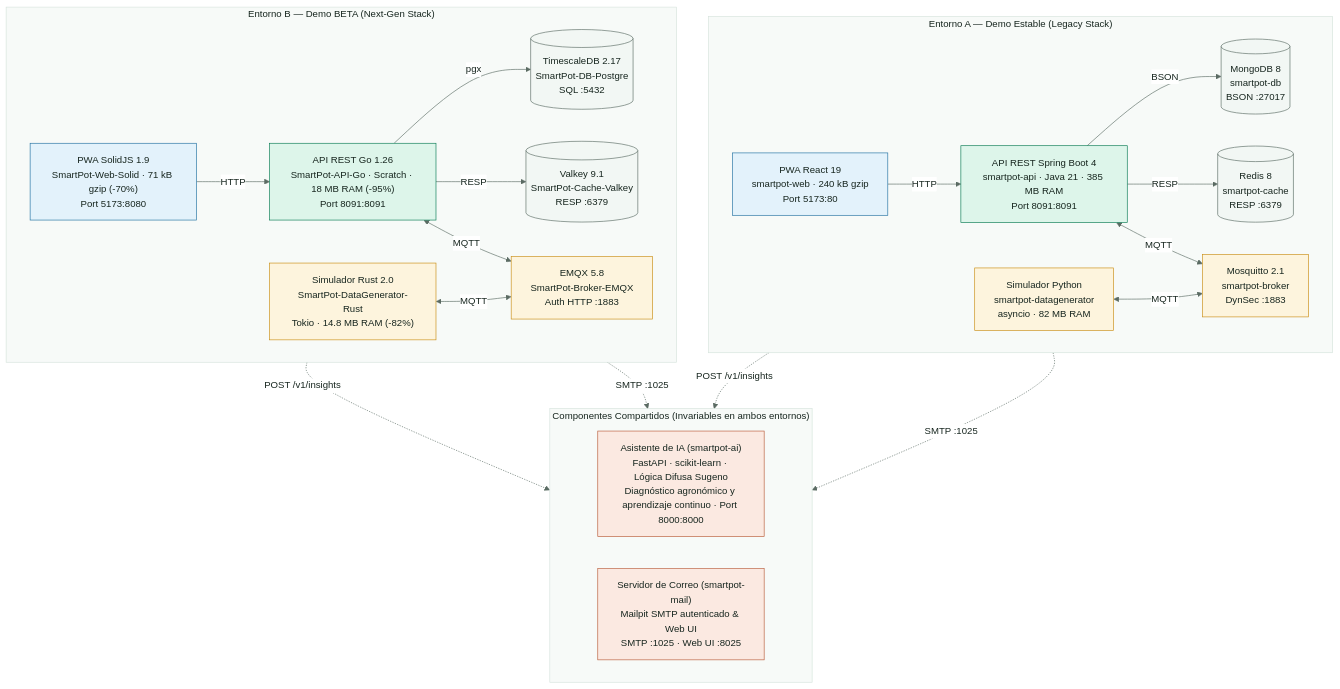
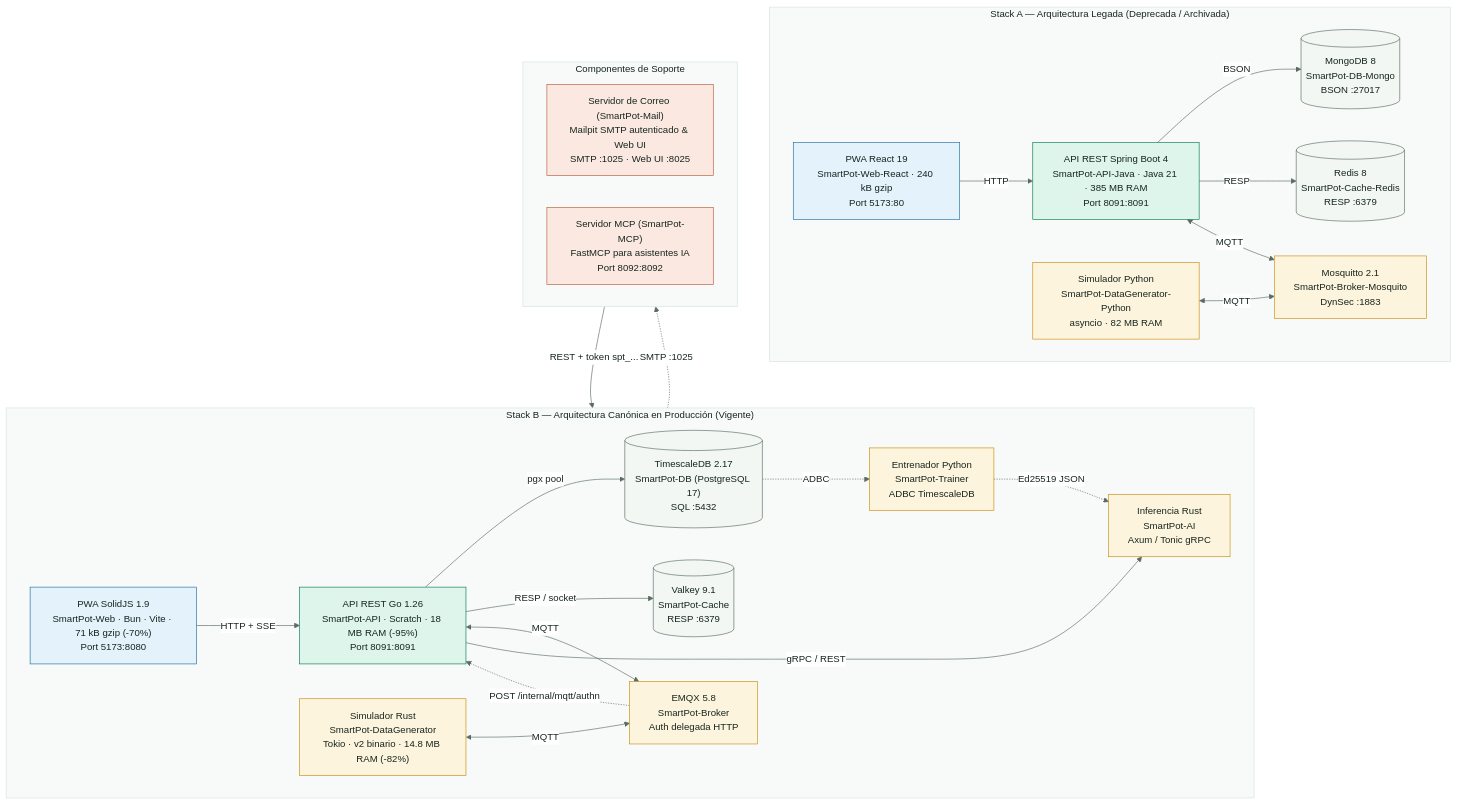
Before and after one commit to SmartPotTech/.github: the diagram in docs/diagrams/SmartPot_46_AB_Architecture_Comparison.mmd, drawn with Mermaid. The commit also changed 21 other files, not shown here.

Commit message:
Update platform documentation and architecture diagrams for production Stack B [skip deploy] #no-deploy

```diff
--- a/docs/diagrams/SmartPot_46_AB_Architecture_Comparison.mmd
+++ b/docs/diagrams/SmartPot_46_AB_Architecture_Comparison.mmd
@@ -1,56 +1,60 @@
 %%{init: {"theme": "base", "fontFamily": "Segoe UI, Arial, sans-serif", "themeVariables": {"fontFamily": "Segoe UI, Arial, sans-serif", "fontSize": "15px", "primaryColor": "#DDF5EA", "primaryTextColor": "#17261F", "primaryBorderColor": "#067A52", "secondaryColor": "#E3F2FB", "secondaryTextColor": "#17261F", "secondaryBorderColor": "#1F6FA0", "tertiaryColor": "#F2F7F4", "tertiaryTextColor": "#17261F", "tertiaryBorderColor": "#D5E3DC", "lineColor": "#5B6B63", "textColor": "#17261F", "mainBkg": "#DDF5EA", "nodeBorder": "#067A52", "clusterBkg": "#F7FAF8", "clusterBorder": "#D5E3DC", "edgeLabelBackground": "#FFFFFF", "actorBkg": "#067A52", "actorBorder": "#0B3D2B", "actorTextColor": "#FFFFFF", "actorLineColor": "#5B6B63", "signalColor": "#17261F", "signalTextColor": "#17261F", "labelBoxBkgColor": "#0B3D2B", "labelBoxBorderColor": "#0B3D2B", "labelTextColor": "#FFFFFF", "loopTextColor": "#0B3D2B", "noteBkgColor": "#FDF4DD", "noteBorderColor": "#C98D12", "noteTextColor": "#17261F", "activationBkgColor": "#DDF5EA", "activationBorderColor": "#067A52", "attributeBackgroundColorOdd": "#FFFFFF", "attributeBackgroundColorEven": "#F2F7F4"}}}%%
 flowchart TB
-  subgraph STACK_A["Entorno A — Demo Estable (Legacy Stack)"]
+  subgraph STACK_A["Stack A — Arquitectura Legada (Deprecada / Archivada)"]
     direction LR
-    A_WEB["PWA React 19<br/>smartpot-web · 240 kB gzip<br/>Port 5173:80"]
-    A_API["API REST Spring Boot 4<br/>smartpot-api · Java 21 · 385 MB RAM<br/>Port 8091:8091"]
-    A_DB[("MongoDB 8<br/>smartpot-db<br/>BSON :27017")]
-    A_CACHE[("Redis 8<br/>smartpot-cache<br/>RESP :6379")]
-    A_BROKER["Mosquitto 2.1<br/>smartpot-broker<br/>DynSec :1883"]
-    A_SIM["Simulador Python<br/>smartpot-datagenerator<br/>asyncio · 82 MB RAM"]
+    A_WEB["PWA React 19<br/>SmartPot-Web-React · 240 kB gzip<br/>Port 5173:80"]
+    A_API["API REST Spring Boot 4<br/>SmartPot-API-Java · Java 21 · 385 MB RAM<br/>Port 8091:8091"]
+    A_DB[("MongoDB 8<br/>SmartPot-DB-Mongo<br/>BSON :27017")]
+    A_CACHE[("Redis 8<br/>SmartPot-Cache-Redis<br/>RESP :6379")]
+    A_BROKER["Mosquitto 2.1<br/>SmartPot-Broker-Mosquito<br/>DynSec :1883"]
+    A_SIM["Simulador Python<br/>SmartPot-DataGenerator-Python<br/>asyncio · 82 MB RAM"]
 
     A_WEB -->|HTTP| A_API
     A_API -->|BSON| A_DB
     A_API -->|RESP| A_CACHE
     A_API <-->|MQTT| A_BROKER
     A_SIM <-->|MQTT| A_BROKER
   end
 
-  subgraph SHARED["Componentes Compartidos (Invariables en ambos entornos)"]
+  subgraph STACK_B["Stack B — Arquitectura Canónica en Producción (Vigente)"]
     direction LR
-    S_AI["Asistente de IA (smartpot-ai)<br/>FastAPI · scikit-learn · Lógica Difusa Sugeno<br/>Diagnóstico agronómico y aprendizaje continuo · Port 8000:8000"]
-    S_MAIL["Servidor de Correo (smartpot-mail)<br/>Mailpit SMTP autenticado & Web UI<br/>SMTP :1025 · Web UI :8025"]
+    B_WEB["PWA SolidJS 1.9<br/>SmartPot-Web · Bun · Vite · 71 kB gzip (-70%)<br/>Port 5173:8080"]
+    B_API["API REST Go 1.26<br/>SmartPot-API · Scratch · 18 MB RAM (-95%)<br/>Port 8091:8091"]
+    B_DB[("TimescaleDB 2.17<br/>SmartPot-DB (PostgreSQL 17)<br/>SQL :5432")]
+    B_CACHE[("Valkey 9.1<br/>SmartPot-Cache<br/>RESP :6379")]
+    B_BROKER["EMQX 5.8<br/>SmartPot-Broker<br/>Auth delegada HTTP"]
+    B_SIM["Simulador Rust<br/>SmartPot-DataGenerator<br/>Tokio · v2 binario · 14.8 MB RAM (-82%)"]
+    B_AI["Inferencia Rust<br/>SmartPot-AI<br/>Axum / Tonic gRPC"]
+    B_TRAINER["Entrenador Python<br/>SmartPot-Trainer<br/>ADBC TimescaleDB"]
+
+    B_WEB -->|HTTP + SSE| B_API
+    B_API -->|pgx pool| B_DB
+    B_API -->|RESP / socket| B_CACHE
+    B_API <-->|MQTT| B_BROKER
+    B_BROKER -.->|POST /internal/mqtt/authn| B_API
+    B_SIM <-->|MQTT| B_BROKER
+    B_API -->|gRPC / REST| B_AI
+    B_DB -.->|ADBC| B_TRAINER
+    B_TRAINER -.->|Ed25519 JSON| B_AI
   end
 
-  subgraph STACK_B["Entorno B — Demo BETA (Next-Gen Stack)"]
+  subgraph SHARED["Componentes de Soporte"]
     direction LR
-    B_WEB["PWA SolidJS 1.9<br/>SmartPot-Web-Solid · 71 kB gzip (-70%)<br/>Port 5173:8080"]
-    B_API["API REST Go 1.26<br/>SmartPot-API-Go · Scratch · 18 MB RAM (-95%)<br/>Port 8091:8091"]
-    B_DB[("TimescaleDB 2.17<br/>SmartPot-DB-Postgre<br/>SQL :5432")]
-    B_CACHE[("Valkey 9.1<br/>SmartPot-Cache-Valkey<br/>RESP :6379")]
-    B_BROKER["EMQX 5.8<br/>SmartPot-Broker-EMQX<br/>Auth HTTP :1883"]
-    B_SIM["Simulador Rust 2.0<br/>SmartPot-DataGenerator-Rust<br/>Tokio · 14.8 MB RAM (-82%)"]
-
-    B_WEB -->|HTTP| B_API
-    B_API -->|pgx| B_DB
-    B_API -->|RESP| B_CACHE
-    B_API <-->|MQTT| B_BROKER
-    B_SIM <-->|MQTT| B_BROKER
+    S_MAIL["Servidor de Correo (SmartPot-Mail)<br/>Mailpit SMTP autenticado & Web UI<br/>SMTP :1025 · Web UI :8025"]
+    S_MCP["Servidor MCP (SmartPot-MCP)<br/>FastMCP para asistentes IA<br/>Port 8092:8092"]
   end
 
-  A_API -.->|POST /v1/insights| S_AI
-  A_API -.->|SMTP :1025| S_MAIL
-  B_API -.->|POST /v1/insights| S_AI
   B_API -.->|SMTP :1025| S_MAIL
+  S_MCP -->|REST + token spt_...| B_API
 
   classDef core fill:#DDF5EA,stroke:#067A52,color:#17261F
   classDef platform fill:#E3F2FB,stroke:#1F6FA0,color:#17261F
   classDef store fill:#F2F7F4,stroke:#5B6B63,color:#17261F
   classDef device fill:#FDF4DD,stroke:#C98D12,color:#17261F
   classDef shared fill:#FBE9E1,stroke:#B85A38,color:#17261F
 
   class A_API,B_API core
   class A_WEB,B_WEB platform
   class A_DB,B_DB,A_CACHE,B_CACHE store
-  class A_BROKER,B_BROKER,A_SIM,B_SIM device
-  class S_AI,S_MAIL shared
+  class A_BROKER,B_BROKER,A_SIM,B_SIM,B_AI,B_TRAINER device
+  class S_MCP,S_MAIL shared
```
